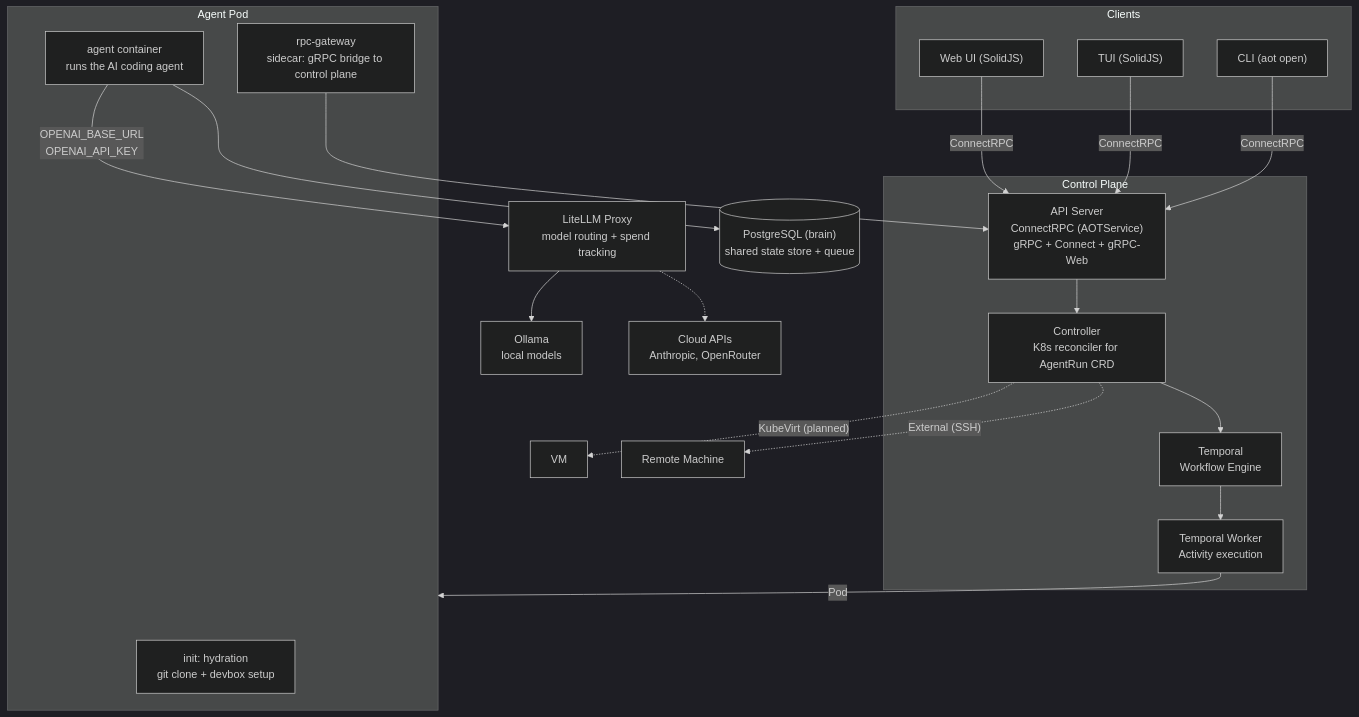
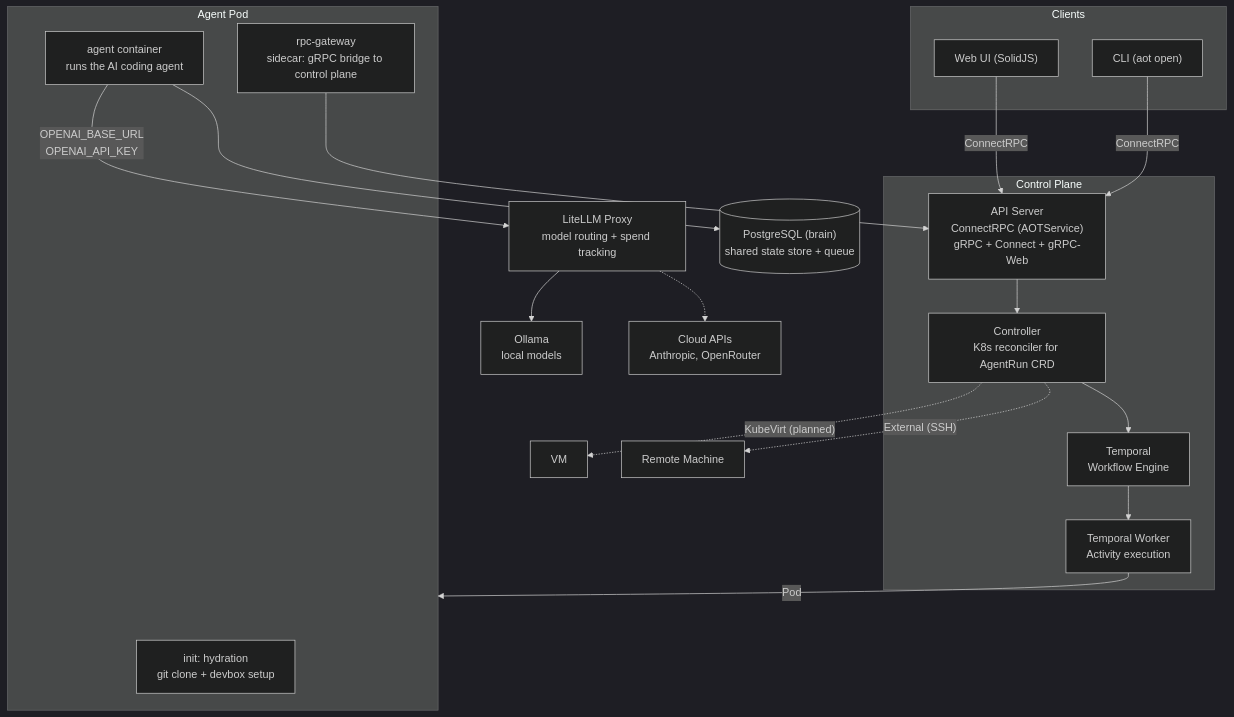
One commit to ross-corp/uncworks changed the first of 2 diagrams in README.md. Above: the diagram before and after it, drawn with Mermaid (dark theme). The commit also changed other lines of this file and 59 other files, not shown here.

````diff
--- a/README.md
+++ b/README.md
@@ -11,33 +11,32 @@
 ```mermaid
 graph TD
     subgraph Clients
         WebUI["Web UI (SolidJS)"]
-        TUI["TUI (SolidJS)"]
         CLI["CLI (aot open)"]
     end
 
-    WebUI & TUI & CLI -->|ConnectRPC| API
+    WebUI & CLI -->|ConnectRPC| API
 
     subgraph ControlPlane["Control Plane"]
         API["API Server\nConnectRPC (AOTService)\ngRPC + Connect + gRPC-Web"]
         API --> Controller["Controller\nK8s reconciler for AgentRun CRD"]
         Controller --> Temporal["Temporal\nWorkflow Engine"]
         Temporal --> Worker["Temporal Worker\nActivity execution"]
     end
 
     Worker -->|Pod| AgentPod
     Controller -.->|"KubeVirt (planned)"| KV["VM"]
     Controller -.->|"External (SSH)"| Ext["Remote Machine"]
 
     subgraph AgentPod["Agent Pod"]
         Init["init: hydration\ngit clone + devbox setup"]
         Agent["agent container\nruns the AI coding agent"]
         Sidecar["rpc-gateway\nsidecar: gRPC bridge to control plane"]
     end
 
     Agent -->|"OPENAI_BASE_URL\nOPENAI_API_KEY"| LiteLLM["LiteLLM Proxy\nmodel routing + spend tracking"]
     LiteLLM --> Ollama["Ollama\nlocal models"]
     LiteLLM -.-> Cloud["Cloud APIs\nAnthropic, OpenRouter"]
     Sidecar --> API
     Agent --> PG[("PostgreSQL (brain)\nshared state store + queue")]
 ```
````
